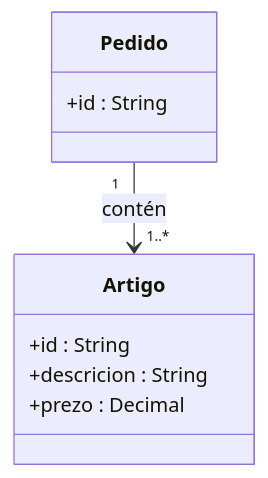
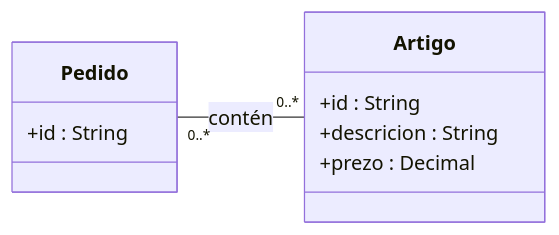
Before and after one commit to xulioxesus/CD2025DAM: the first of 2 diagrams in ud03/diagramas/clase_3_febreiro.md, drawn with Mermaid.

Commit message:
Clase 4 de febreiro

````diff
--- a/ud03/diagramas/clase_3_febreiro.md
+++ b/ud03/diagramas/clase_3_febreiro.md
@@ -1,15 +1,17 @@
 ```mermaid
 classDiagram
+
+  direction LR
 
 class Pedido {
   +id : String
 }
 
 class Artigo {
   +id : String
   +descricion : String
   +prezo : Decimal
 }
 
-Pedido "1" --> "1..*" Artigo : contén
+Pedido "0..*" -- "0..*" Artigo : contén
 ```
````
